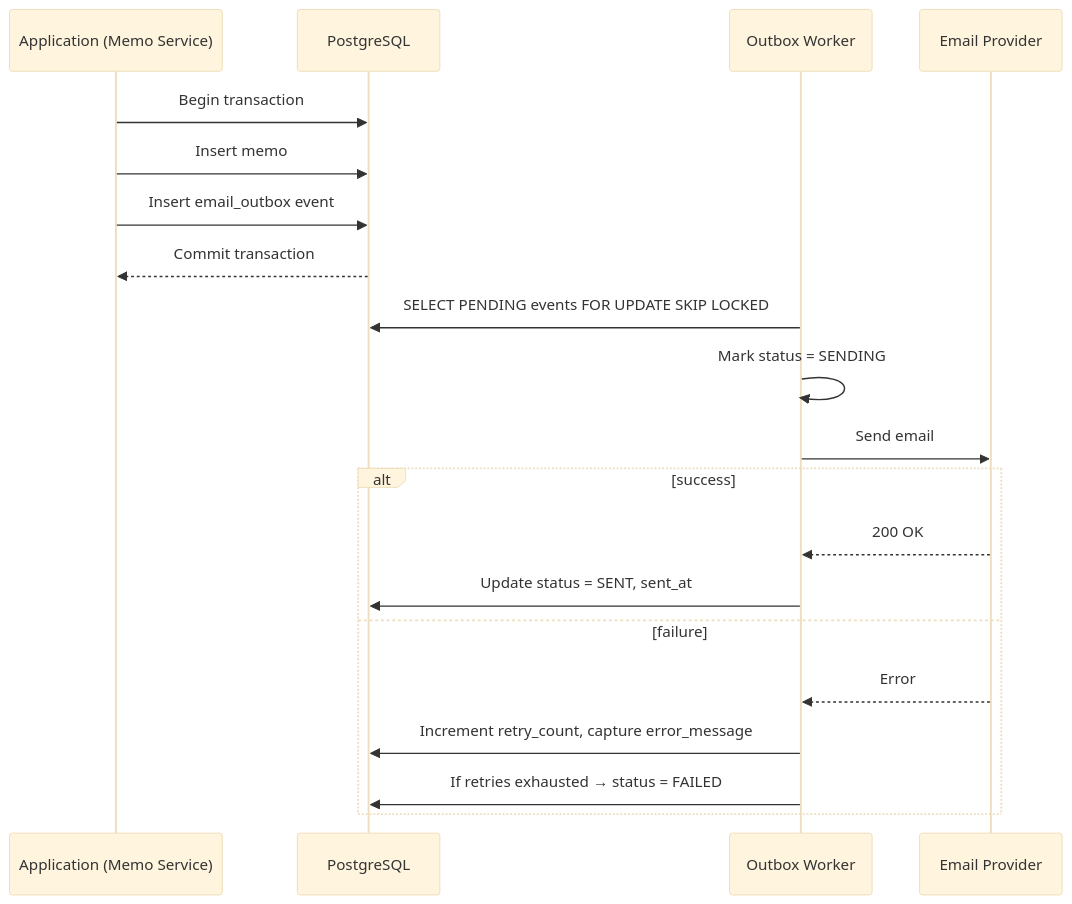
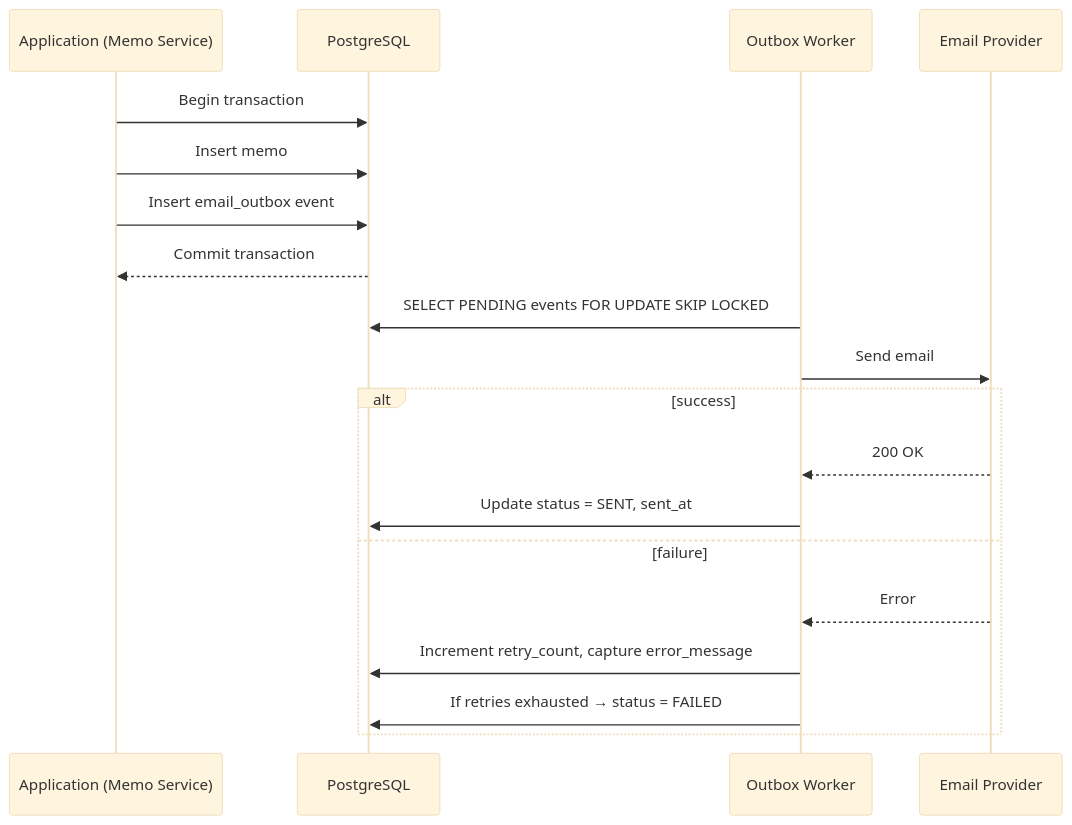
Before and after one commit to fikriahmadf/outbox-examples: the diagram in learn-outbox.md, drawn with Mermaid (base theme). The commit also changed other lines of this file and 7 other files, not shown here.

````diff
--- a/learn-outbox.md
+++ b/learn-outbox.md
@@ -18,25 +18,24 @@
 ```mermaid
 sequenceDiagram
     participant APP as Application (Memo Service)
     participant DB as PostgreSQL
     participant OUT as Outbox Worker
     participant SMTP as Email Provider
 
     APP->>DB: Begin transaction
     APP->>DB: Insert memo
     APP->>DB: Insert email_outbox event
     DB-->>APP: Commit transaction
 
     OUT->>DB: SELECT PENDING events FOR UPDATE SKIP LOCKED
-    OUT->>OUT: Mark status = SENDING
     OUT->>SMTP: Send email
 
     alt success
         SMTP-->>OUT: 200 OK
         OUT->>DB: Update status = SENT, sent_at
     else failure
         SMTP-->>OUT: Error
         OUT->>DB: Increment retry_count, capture error_message
         OUT->>DB: If retries exhausted → status = FAILED
     end
 ```
````
